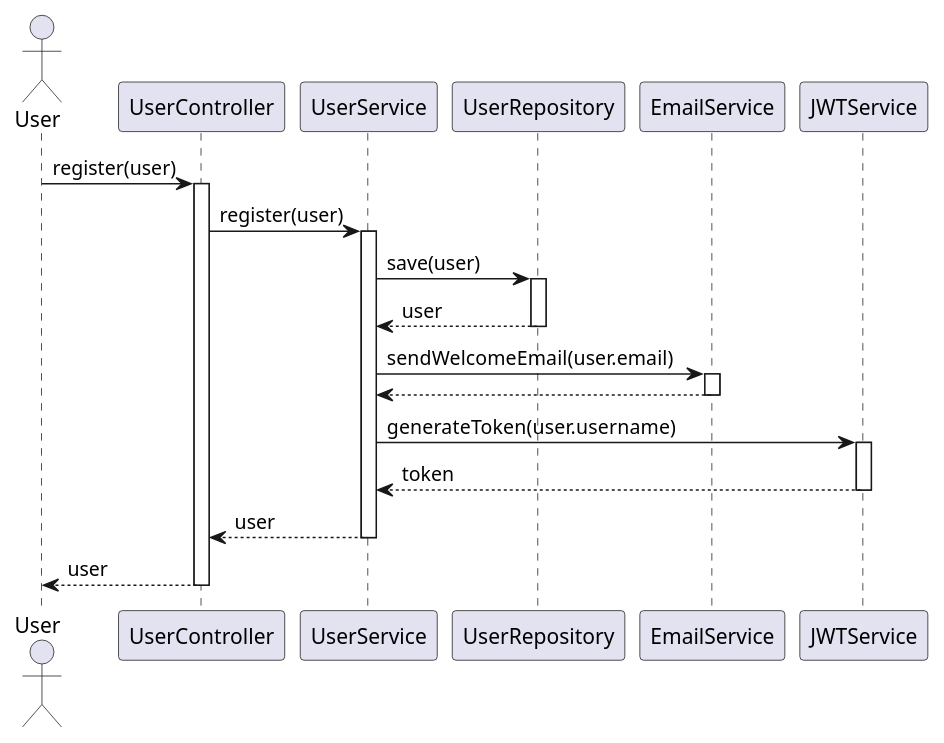
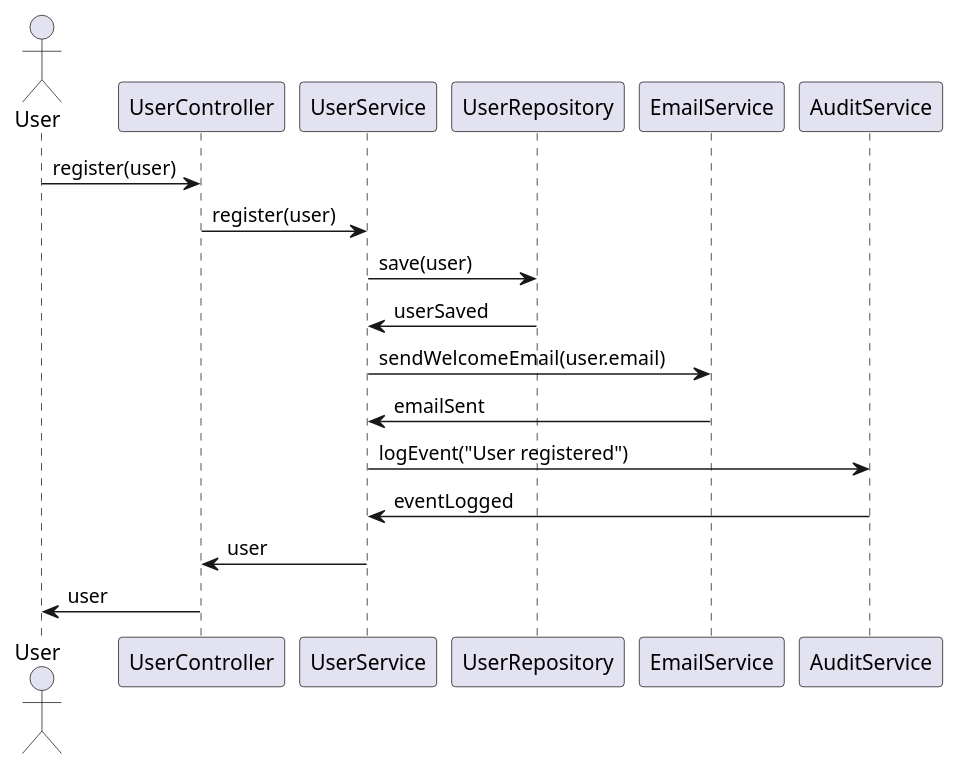
Before and after one commit to Dinesh-s95/AutoDoc.ai: the first of 5 diagrams in identityprovider/documentation/detaileddesign.adoc, drawn with PlantUML. The commit also changed other lines of this file and 4 other files, not shown here.

```diff
--- a/identityprovider/documentation/detaileddesign.adoc
+++ b/identityprovider/documentation/detaileddesign.adoc
@@ -288,38 +655,22 @@
-[plantuml, user-registration-flow, png]
+[source,plantuml]
 ----
 @startuml
 actor User
 participant UserController
 participant UserService
 participant UserRepository
 participant EmailService
-participant JWTService
+participant AuditService
 
 User -> UserController : register(user)
-activate UserController
-
 UserController -> UserService : register(user)
-activate UserService
-
 UserService -> UserRepository : save(user)
-activate UserRepository
-UserRepository --> UserService : user
-deactivate UserRepository
-
+UserRepository -> UserService : userSaved
 UserService -> EmailService : sendWelcomeEmail(user.email)
-activate EmailService
-EmailService --> UserService
-deactivate EmailService
-
-UserService -> JWTService : generateToken(user.username)
-activate JWTService
-JWTService --> UserService : token
-deactivate JWTService
-
-UserService --> UserController : user
-deactivate UserService
-
-UserController --> User : user
-deactivate UserController
+EmailService -> UserService : emailSent
+UserService -> AuditService : logEvent("User registered")
+AuditService -> UserService : eventLogged
+UserService -> UserController : user
+UserController -> User : user
 @enduml
 ----
```
